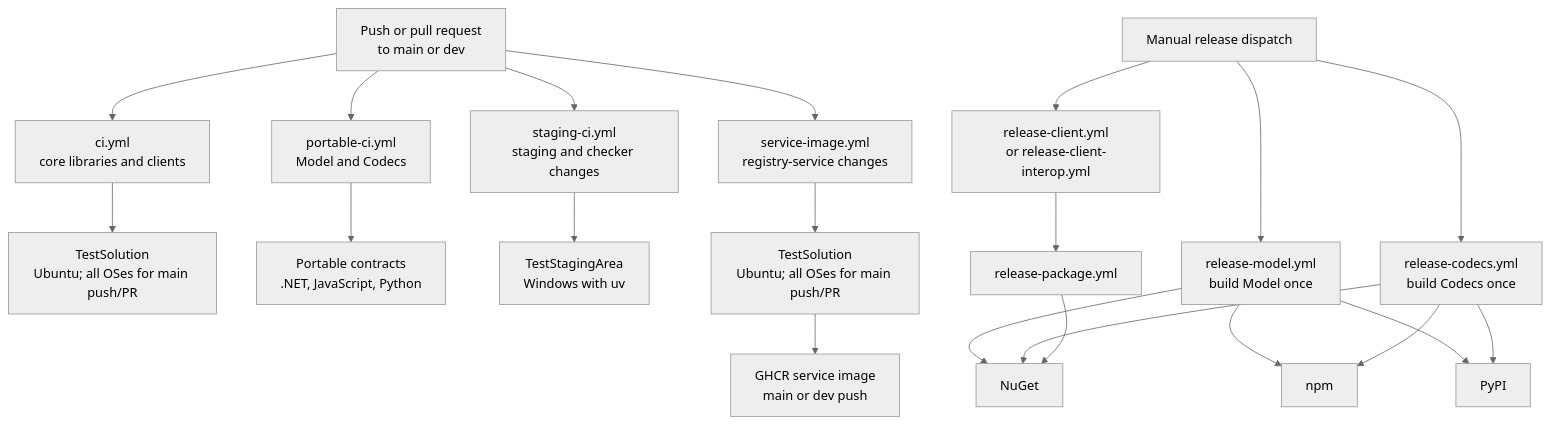
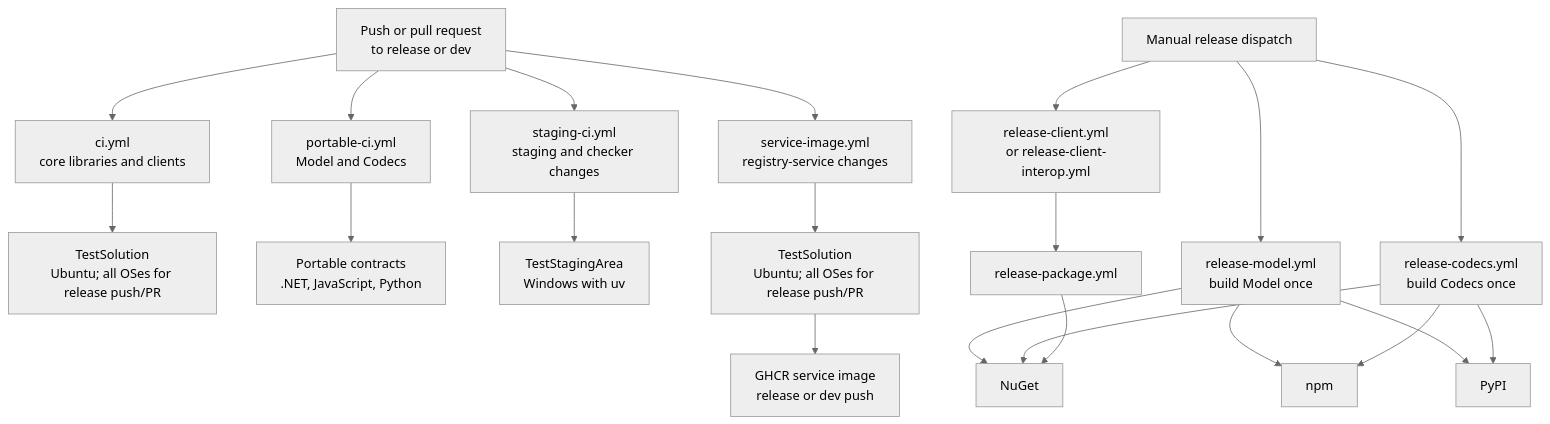
One commit to Brilator/arc-validate-package-registry changed the diagram in README.md. Above: the diagram before and after it, drawn with Mermaid (neutral theme). The commit also changed 11 other files, not shown here.

````diff
--- a/README.md
+++ b/README.md
@@ -78,31 +78,31 @@
 ```mermaid
 flowchart TD
-    Changes["Push or pull request<br/>to main or dev"]
+    Changes["Push or pull request<br/>to release or dev"]
     Manual["Manual release dispatch"]
 
     Changes --> CoreCI["ci.yml<br/>core libraries and clients"]
     Changes --> PortableCI["portable-ci.yml<br/>Model and Codecs"]
     Changes --> Staging["staging-ci.yml<br/>staging and checker changes"]
     Changes --> Service["service-image.yml<br/>registry-service changes"]
 
-    CoreCI --> Core["TestSolution<br/>Ubuntu; all OSes for main push/PR"]
+    CoreCI --> Core["TestSolution<br/>Ubuntu; all OSes for release push/PR"]
     PortableCI --> Portable["Portable contracts<br/>.NET, JavaScript, Python"]
 
     Staging --> StagingTests["TestStagingArea<br/>Windows with uv"]
 
-    Service --> ServiceTests["TestSolution<br/>Ubuntu; all OSes for main push/PR"]
-    ServiceTests --> Image["GHCR service image<br/>main or dev push"]
+    Service --> ServiceTests["TestSolution<br/>Ubuntu; all OSes for release push/PR"]
+    ServiceTests --> Image["GHCR service image<br/>release or dev push"]
 
     Manual --> ModelRelease["release-model.yml<br/>build Model once"]
     Manual --> CodecsRelease["release-codecs.yml<br/>build Codecs once"]
     Manual --> ClientRelease["release-client.yml<br/>or release-client-interop.yml"]
 
     ModelRelease --> NuGet["NuGet"]
     ModelRelease --> Npm["npm"]
     ModelRelease --> PyPI["PyPI"]
     CodecsRelease --> NuGet
     CodecsRelease --> Npm
     CodecsRelease --> PyPI
     ClientRelease --> NuGetPublisher["release-package.yml"]
     NuGetPublisher --> NuGet
 ```
````
